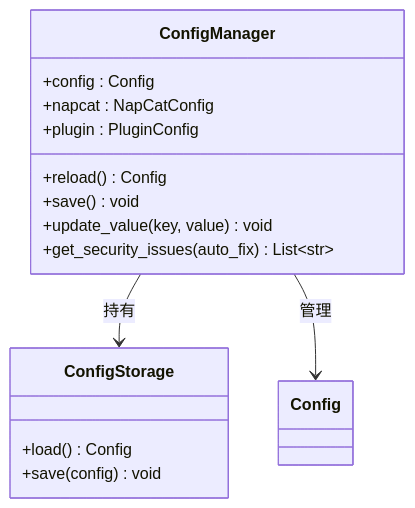
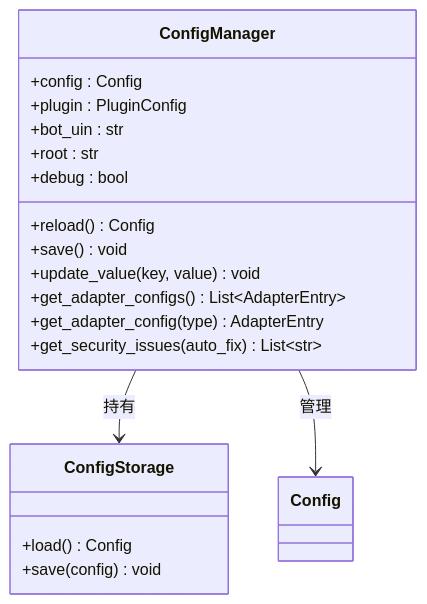
The diagram in docs/guide/configuration/1.config-security.md (Sparrived/ncatbot), drawn with Mermaid before and after one commit. The commit also changed other lines of this file and 91 other files, not shown here.

````diff
--- a/docs/guide/configuration/1.config-security.md
+++ b/docs/guide/configuration/1.config-security.md
@@ -20,18 +20,22 @@
 ```mermaid
 classDiagram
     class ConfigManager {
         +config : Config
-        +napcat : NapCatConfig
         +plugin : PluginConfig
+        +bot_uin : str
+        +root : str
+        +debug : bool
         +reload() Config
         +save() void
         +update_value(key, value) void
+        +get_adapter_configs() List~AdapterEntry~
+        +get_adapter_config(type) AdapterEntry
         +get_security_issues(auto_fix) List~str~
     }
     class ConfigStorage {
         +load() Config
         +save(config) void
     }
     ConfigManager --> ConfigStorage : 持有
     ConfigManager --> Config : 管理
 ```
````
